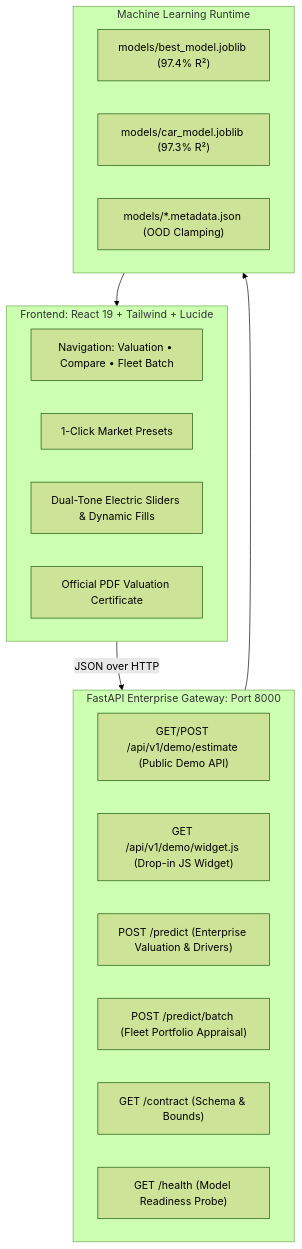
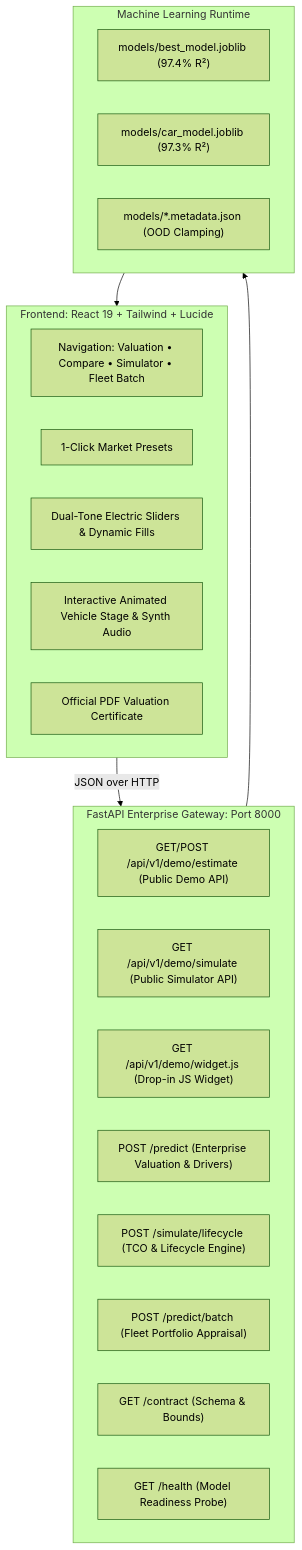
One commit to harshitthek/used-bike-price changed the third of 3 diagrams in README.md. Above: the diagram before and after it, drawn with Mermaid (forest theme). The commit also changed other lines of this file and 49 other files, not shown here.

````diff
--- a/README.md
+++ b/README.md
@@ -260,28 +262,31 @@
 ```mermaid
 graph TD
     subgraph ClientLayer [Frontend: React 19 + Tailwind + Lucide]
-        ModeToggle[Navigation: Valuation • Compare • Fleet Batch]
+        ModeToggle[Navigation: Valuation • Compare • Simulator • Fleet Batch]
         PresetsGrid[1-Click Market Presets]
         Sliders[Dual-Tone Electric Sliders & Dynamic Fills]
+        Stage[Interactive Animated Vehicle Stage & Synth Audio]
         CertModal[Official PDF Valuation Certificate]
     end
 
     subgraph APILayer [FastAPI Enterprise Gateway: Port 8000]
         DemoEP["GET/POST /api/v1/demo/estimate (Public Demo API)"]
+        DemoSimEP["GET /api/v1/demo/simulate (Public Simulator API)"]
         WidgetEP["GET /api/v1/demo/widget.js (Drop-in JS Widget)"]
         PredictEP["POST /predict (Enterprise Valuation & Drivers)"]
+        SimulateEP["POST /simulate/lifecycle (TCO & Lifecycle Engine)"]
         BatchEP["POST /predict/batch (Fleet Portfolio Appraisal)"]
         ContractEP["GET /contract (Schema & Bounds)"]
         HealthEP["GET /health (Model Readiness Probe)"]
     end
 
     subgraph MLLayer [Machine Learning Runtime]
         BikeModel["models/best_model.joblib (97.4% R²)"]
         CarModel["models/car_model.joblib (97.3% R²)"]
         Metadata["models/*.metadata.json (OOD Clamping)"]
     end
 
     ClientLayer -- JSON over HTTP --> APILayer
     APILayer --> MLLayer
     MLLayer --> ClientLayer
 ```
````
